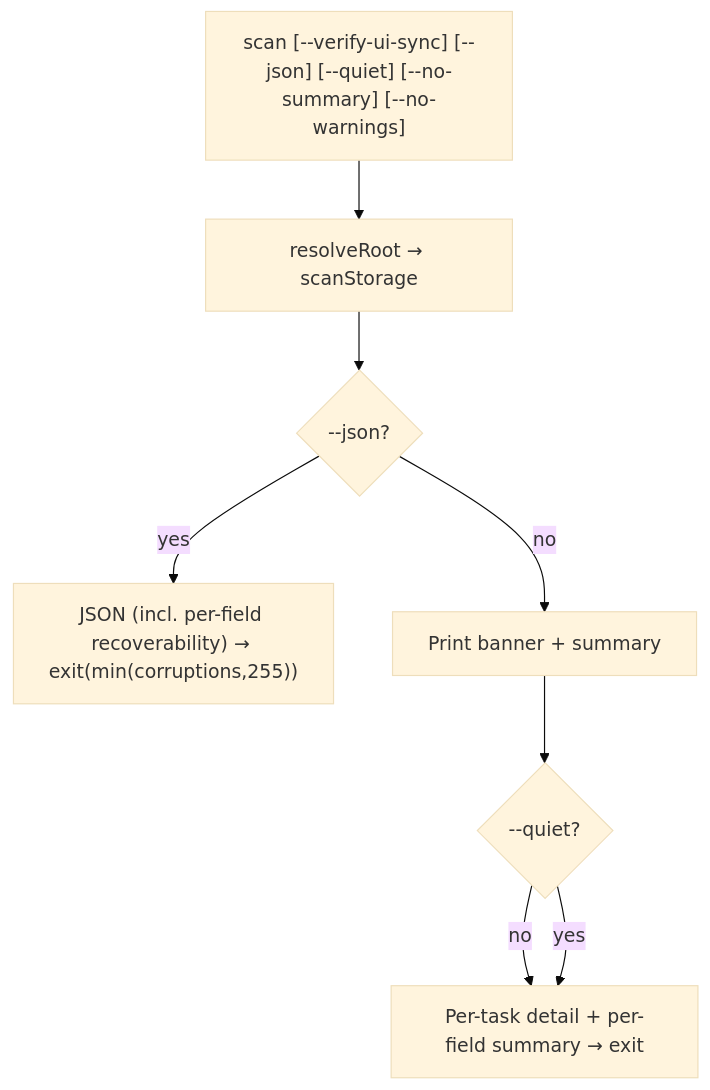
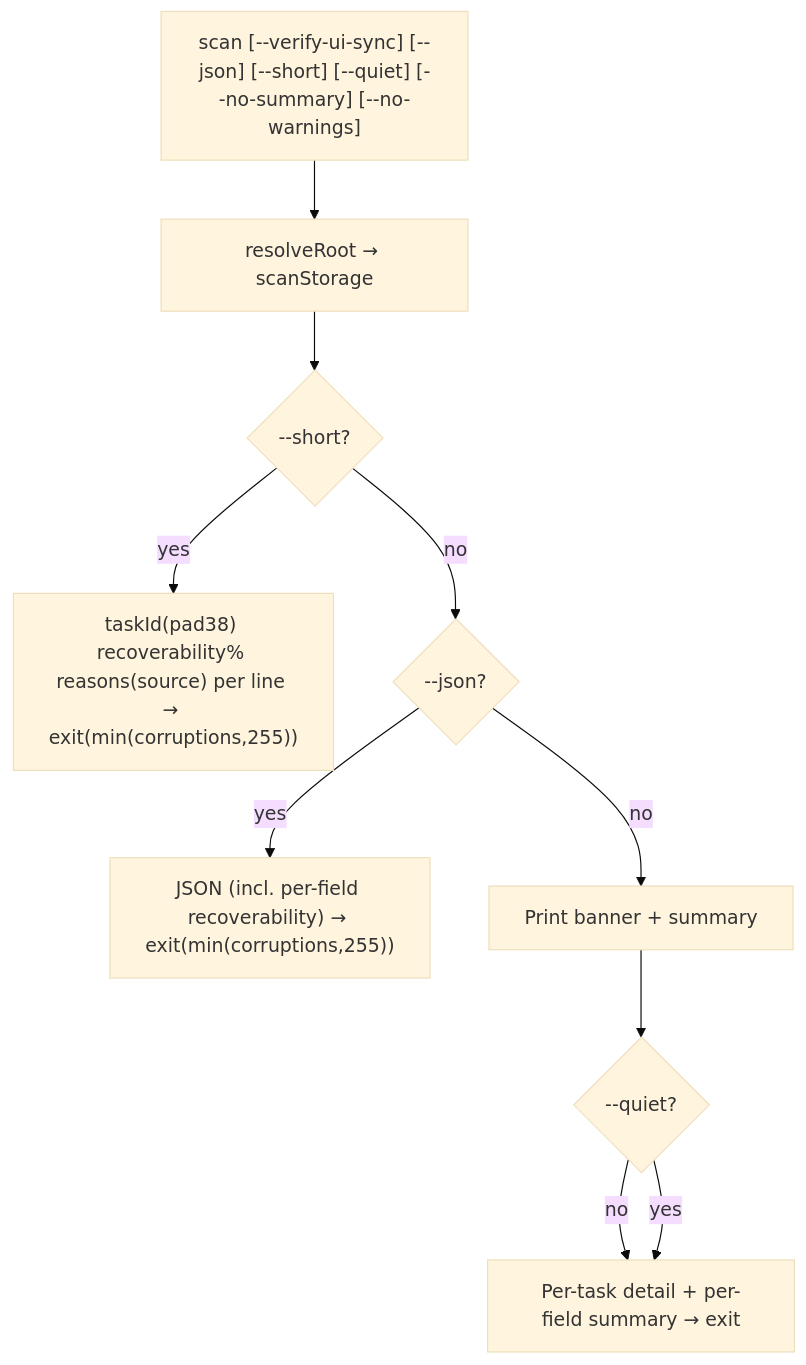
One commit to metaworx/zoo-code-history-repair changed the sixth of 10 diagrams in SPECIFICATION.md. Above: the diagram before and after it, drawn with Mermaid (base theme). The commit also changed other lines of this file and 27 other files, not shown here.

First line of the commit message:
[TASK] Merge repair commands and list-corrupt into scan --short

````diff
--- a/SPECIFICATION.md
+++ b/SPECIFICATION.md
@@ -532,10 +535,12 @@
 ```mermaid
 flowchart TB
-    A["scan [--verify-ui-sync] [--json] [--quiet] [--no-summary] [--no-warnings]"] --> B["resolveRoot → scanStorage"]
-    B --> C{"--json?"}
-    C -->|yes| D["JSON (incl. per-field recoverability) → exit(min(corruptions,255))"]
-    C -->|no| E["Print banner + summary"]
-    E --> F{"--quiet?"}
-    F -->|no| G["Per-task detail + per-field summary → exit"]
-    F -->|yes| G
+    A["scan [--verify-ui-sync] [--json] [--short] [--quiet] [--no-summary] [--no-warnings]"] --> B["resolveRoot → scanStorage"]
+    B --> C{"--short?"}
+    C -->|yes| S["taskId(pad38) recoverability% reasons(source) per line → exit(min(corruptions,255))"]
+    C -->|no| D{"--json?"}
+    D -->|yes| E["JSON (incl. per-field recoverability) → exit(min(corruptions,255))"]
+    D -->|no| F["Print banner + summary"]
+    F --> G{"--quiet?"}
+    G -->|no| H["Per-task detail + per-field summary → exit"]
+    G -->|yes| H
 ```
````
